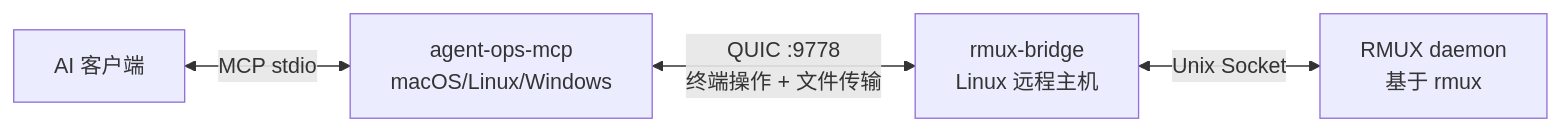
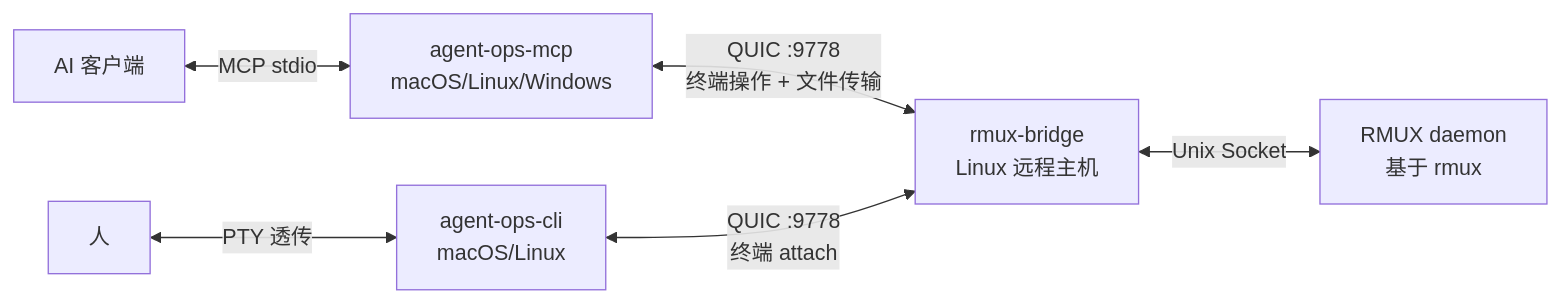
The diagram in README.zh.md (tddh/agent-ops), drawn with Mermaid before and after one commit. The commit also changed other lines of this file and 4 other files, not shown here.

````diff
--- a/README.zh.md
+++ b/README.zh.md
@@ -57,6 +57,8 @@
 ```mermaid
 graph LR
     A[AI 客户端] <-->|MCP stdio| B[agent-ops-mcp<br/>macOS/Linux/Windows]
+    H[人] <-->|PTY 透传| E[agent-ops-cli<br/>macOS/Linux]
     B <-->|QUIC :9778<br/>终端操作 + 文件传输| C[rmux-bridge<br/>Linux 远程主机]
+    E <-->|QUIC :9778<br/>终端 attach| C
     C <-->|Unix Socket| D[RMUX daemon<br/>基于 rmux]
 ```
````
